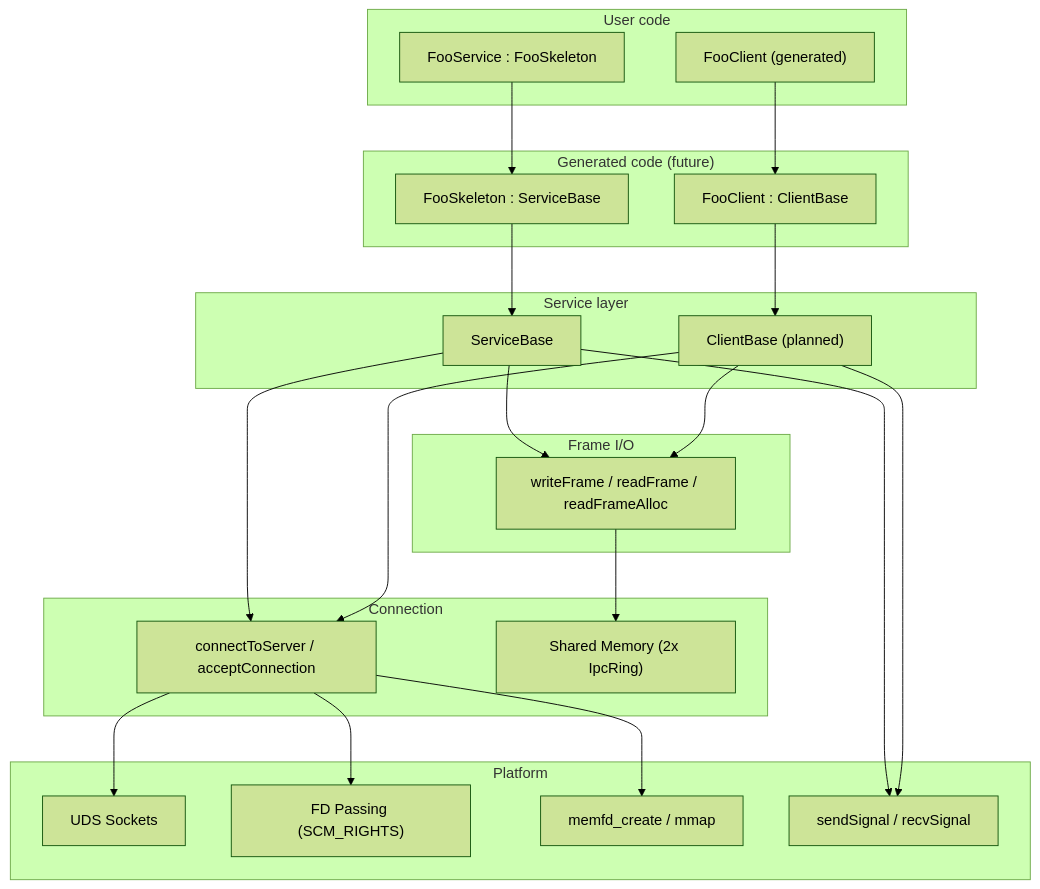
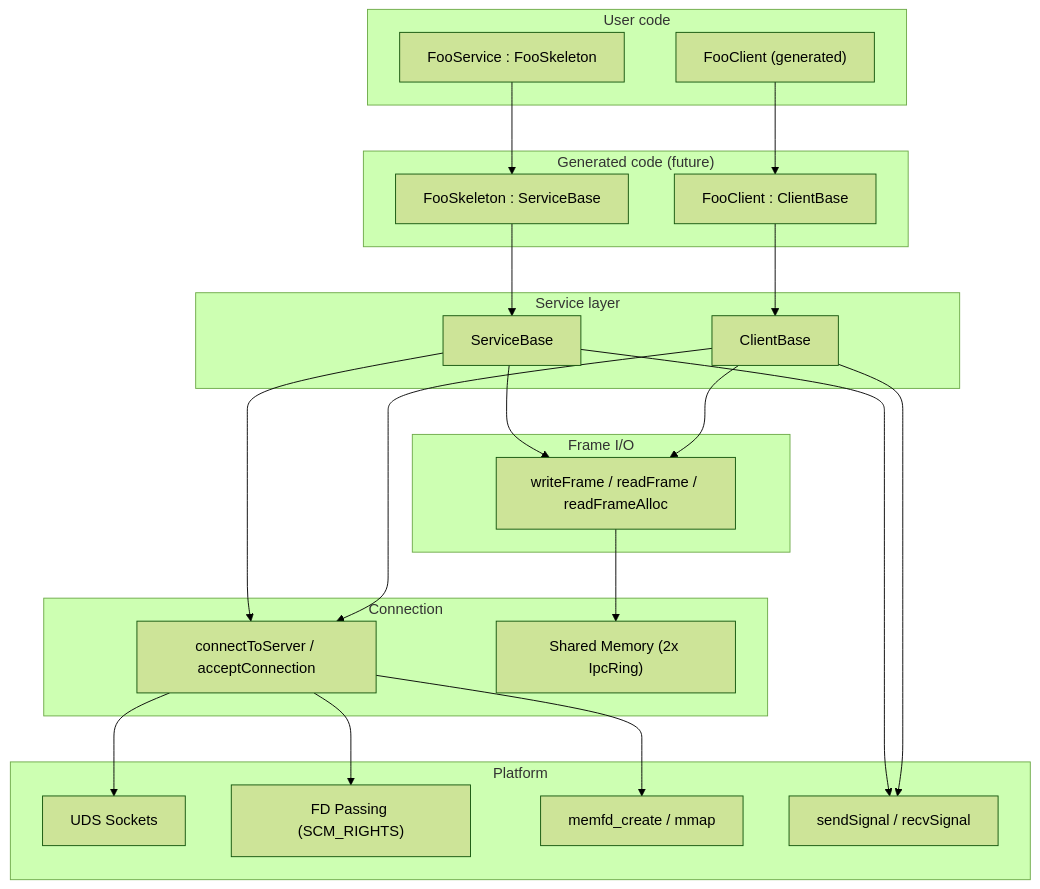
The first of 15 diagrams in doc/architecture.md (Mrunmoy/aether), drawn with Mermaid (forest theme) before and after one commit. The commit also changed other lines of this file and 10 other files, not shown here.

Commit message:
Adding ClientBase with  unit tests and walkthrough

````diff
--- a/doc/architecture.md
+++ b/doc/architecture.md
@@ -5,48 +5,48 @@
 ```mermaid
 graph TD
     subgraph "User code"
         US["FooService : FooSkeleton"]
         UC["FooClient (generated)"]
     end
 
     subgraph "Generated code (future)"
         SK["FooSkeleton : ServiceBase"]
         CL["FooClient : ClientBase"]
     end
 
     subgraph "Service layer"
         SB["ServiceBase"]
-        CB["ClientBase (planned)"]
+        CB["ClientBase"]
     end
 
     subgraph "Frame I/O"
         FIO["writeFrame / readFrame / readFrameAlloc"]
     end
 
     subgraph "Connection"
         CON["connectToServer / acceptConnection"]
         SHM["Shared Memory (2x IpcRing)"]
     end
 
     subgraph "Platform"
         UDS["UDS Sockets"]
         FD["FD Passing (SCM_RIGHTS)"]
         MEM["memfd_create / mmap"]
         SIG["sendSignal / recvSignal"]
     end
 
     US --> SK
     UC --> CL
     SK --> SB
     CL --> CB
     SB --> FIO
     CB --> FIO
     FIO --> SHM
     CON --> UDS
     CON --> FD
     CON --> MEM
     SB --> SIG
     CB --> SIG
     SB --> CON
     CB --> CON
 ```
````
